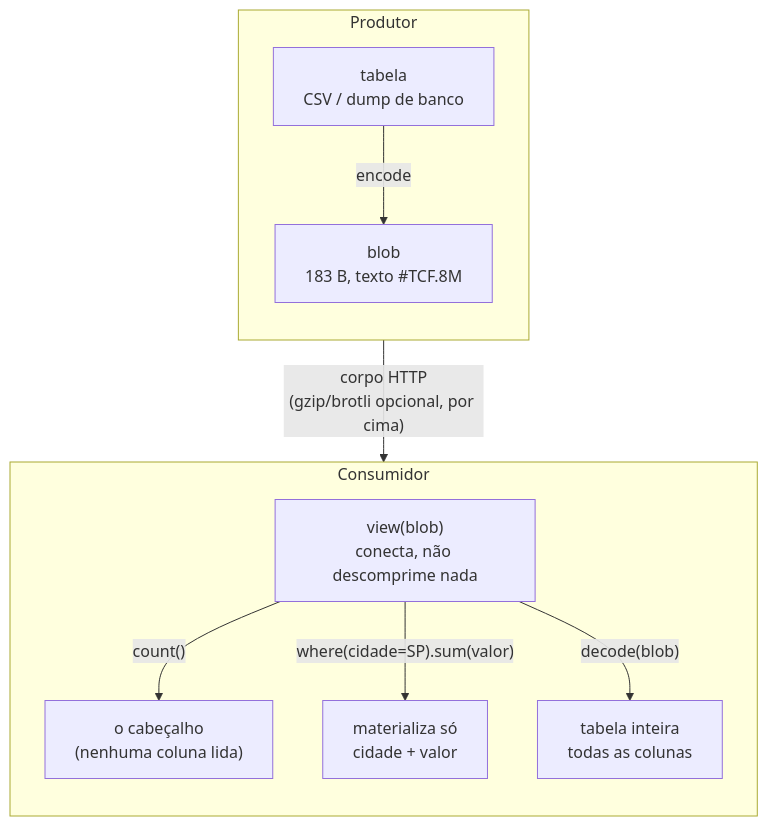
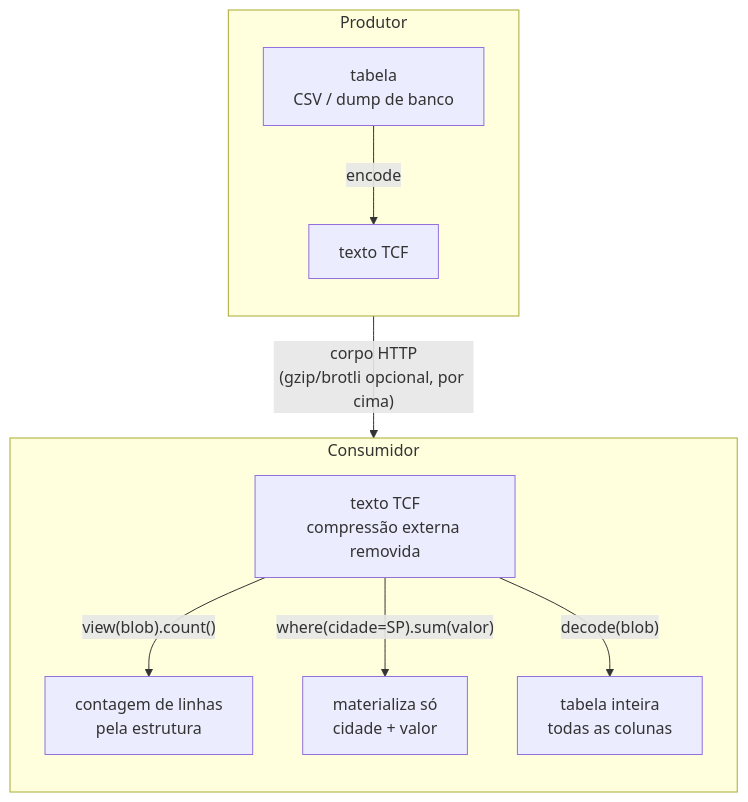
Before and after one commit to LeoPR/TCF: the diagram in README.pt-BR.md, drawn with Mermaid. The commit also changed other lines of this file and 11 other files, not shown here.

````diff
--- a/README.pt-BR.md
+++ b/README.pt-BR.md
@@ -688,14 +567,14 @@
 ```mermaid
 flowchart TB
     subgraph Produtor
         direction TB
-        A[tabela<br/>CSV / dump de banco] -->|encode| B["blob<br/>183 B, texto #TCF.8M"]
+        A[tabela<br/>CSV / dump de banco] -->|encode| B["texto TCF"]
     end
     B -->|"corpo HTTP<br/>(gzip/brotli opcional, por cima)"| C
     subgraph Consumidor
         direction TB
-        C["view(blob)<br/>conecta, não descomprime nada"] -->|"count()"| D["o cabeçalho<br/>(nenhuma coluna lida)"]
+        C["texto TCF<br/>compressão externa removida"] -->|"view(blob).count()"| D["contagem de linhas<br/>pela estrutura"]
         C -->|"where(cidade=SP).sum(valor)"| E["materializa só<br/>cidade + valor"]
         C -->|"decode(blob)"| F[tabela inteira<br/>todas as colunas]
     end
 ```
````
